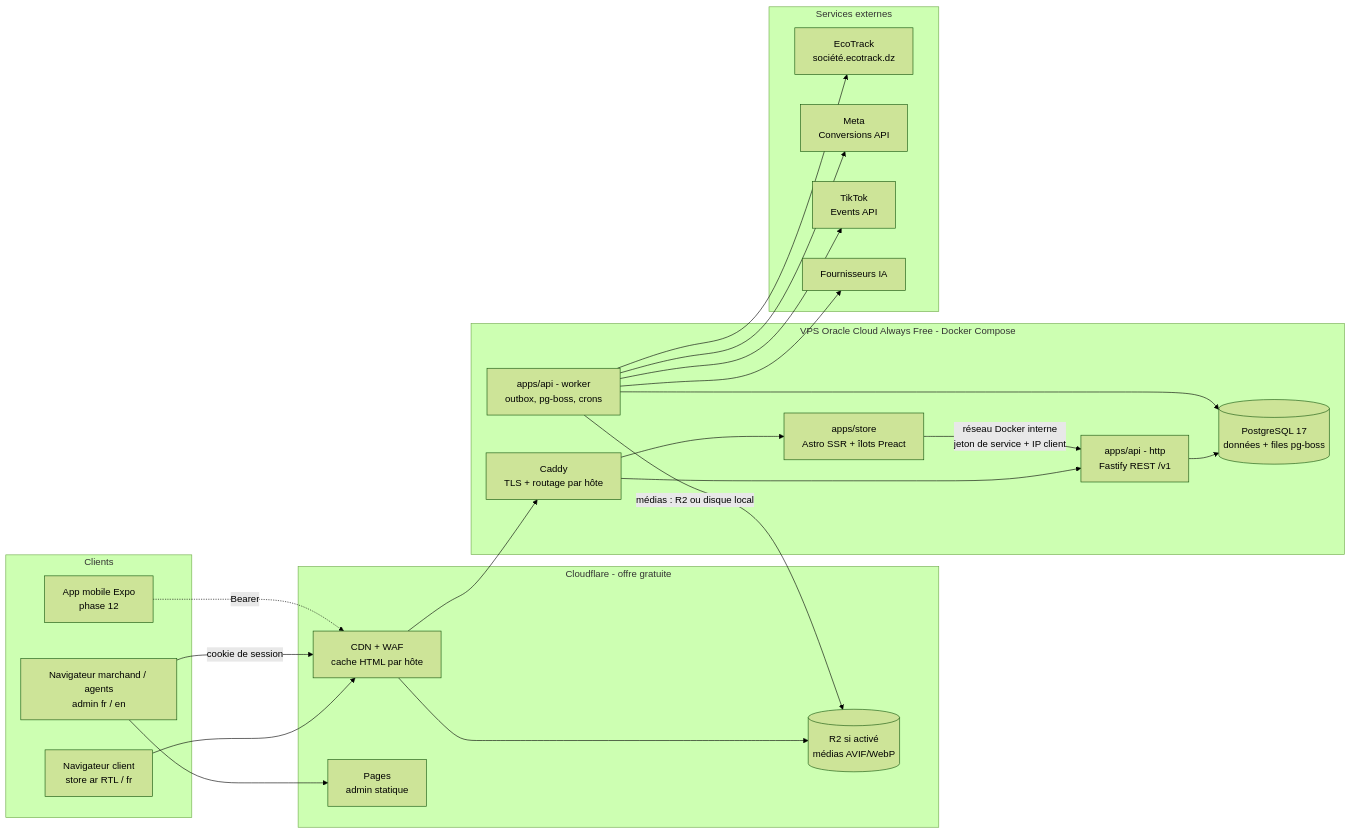
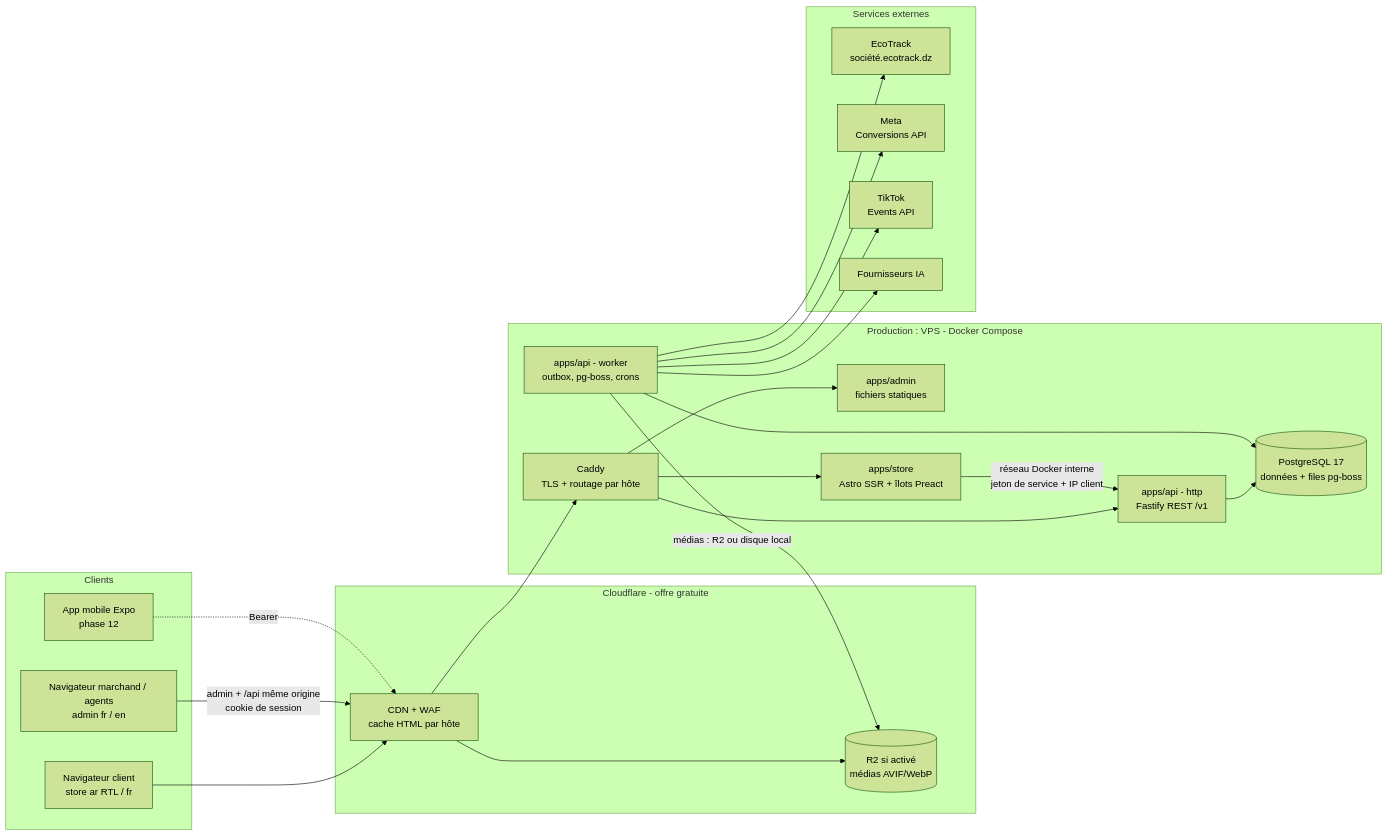
The first of 4 diagrams in docs/ARCHITECTURE.md (yanisbelharet/DZSTORE), drawn with Mermaid (forest theme) before and after one commit. The commit also changed other lines of this file and 4 other files, not shown here.

First line of the commit message:
docs(adr): test gratuit sur Vercel + Neon, production sur VPS avant toute vente

````diff
--- a/docs/ARCHITECTURE.md
+++ b/docs/ARCHITECTURE.md
@@ -23,45 +23,45 @@
 ```mermaid
 flowchart LR
   subgraph CLIENTS["Clients"]
     CUST["Navigateur client<br/>store ar RTL / fr"]
     AGENT["Navigateur marchand / agents<br/>admin fr / en"]
     MOB["App mobile Expo<br/>phase 12"]
   end
 
   subgraph CF["Cloudflare - offre gratuite"]
     CDN["CDN + WAF<br/>cache HTML par hôte"]
-    PAGES["Pages<br/>admin statique"]
     R2[("R2 si activé<br/>médias AVIF/WebP")]
   end
 
-  subgraph RW["VPS Oracle Cloud Always Free - Docker Compose"]
+  subgraph RW["Production : VPS - Docker Compose"]
     CADDY["Caddy<br/>TLS + routage par hôte"]
+    ADMIN["apps/admin<br/>fichiers statiques"]
     STORE["apps/store<br/>Astro SSR + îlots Preact"]
     API["apps/api - http<br/>Fastify REST /v1"]
     WORKER["apps/api - worker<br/>outbox, pg-boss, crons"]
     PG[("PostgreSQL 17<br/>données + files pg-boss")]
   end
 
   subgraph EXT["Services externes"]
     ECO["EcoTrack<br/>société.ecotrack.dz"]
     META["Meta<br/>Conversions API"]
     TT["TikTok<br/>Events API"]
     AI["Fournisseurs IA"]
   end
 
   CUST --> CDN --> CADDY
   CADDY --> STORE
   CADDY --> API
+  CADDY --> ADMIN
   STORE -- "réseau Docker interne<br/>jeton de service + IP client" --> API
-  AGENT --> PAGES
-  AGENT -- "cookie de session" --> CDN
+  AGENT -- "admin + /api même origine<br/>cookie de session" --> CDN
   MOB -. "Bearer" .-> CDN
   API --> PG
   WORKER --> PG
   WORKER -- "médias : R2 ou disque local" --> R2
   CDN --> R2
   WORKER --> ECO
   WORKER --> META
   WORKER --> TT
   WORKER --> AI
 ```
````
